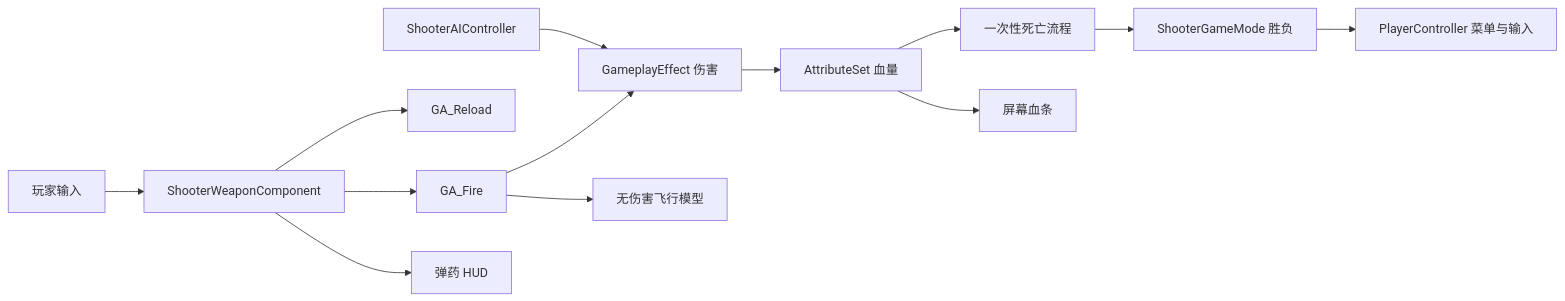
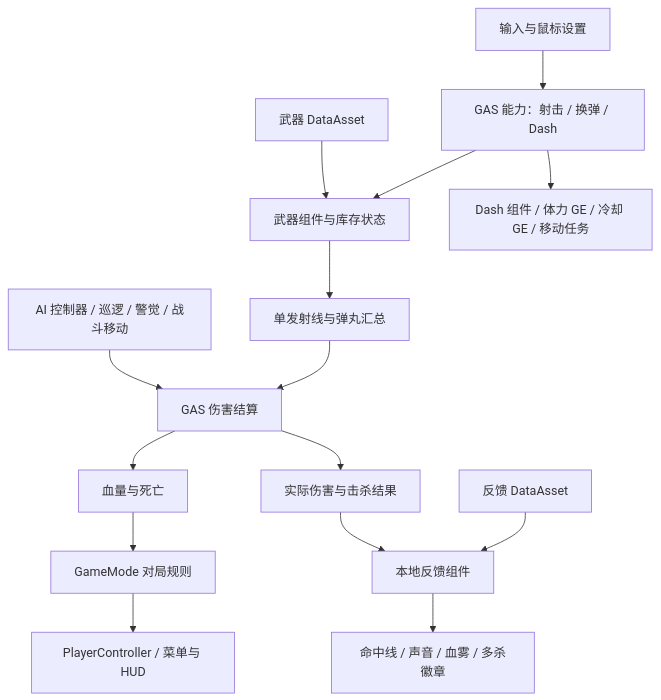
One commit to xx10180827/Shooter changed the diagram in README.md. Above: the diagram before and after it, drawn with Mermaid. The commit also changed other lines of this file and 2 other files, not shown here.

Commit message:
完善项目 README 与最终交付说明，冻结现有 Gameplay 功能

````diff
--- a/README.md
+++ b/README.md
@@ -59,15 +52,17 @@
 ```mermaid
-flowchart LR
-    Input[玩家输入] --> Weapon[ShooterWeaponComponent]
-    Weapon --> Fire[GA_Fire]
-    Weapon --> Reload[GA_Reload]
-    Fire --> Damage[GameplayEffect 伤害]
-    AI[ShooterAIController] --> Damage
-    Damage --> Attr[AttributeSet 血量]
-    Attr --> Death[一次性死亡流程]
-    Death --> Round[ShooterGameMode 胜负]
-    Attr --> Health[屏幕血条]
-    Weapon --> Ammo[弹药 HUD]
-    Round --> PC[PlayerController 菜单与输入]
-    Fire --> Bullet[无伤害飞行模型]
+flowchart TD
+    Input[输入与鼠标设置] --> Abilities[GAS 能力：射击 / 换弹 / Dash]
+    Data[武器 DataAsset] --> Weapon[武器组件与库存状态]
+    Abilities --> Weapon
+    Abilities --> Dash[Dash 组件 / 体力 GE / 冷却 GE / 移动任务]
+    Weapon --> Trace[单发射线与弹丸汇总]
+    AI[AI 控制器 / 巡逻 / 警觉 / 战斗移动] --> Damage[GAS 伤害结算]
+    Trace --> Damage
+    Damage --> Health[血量与死亡]
+    Damage --> Result[实际伤害与击杀结果]
+    Result --> Feedback[本地反馈组件]
+    Config[反馈 DataAsset] --> Feedback
+    Feedback --> Presentation[命中线 / 声音 / 血雾 / 多杀徽章]
+    Health --> Round[GameMode 对局规则]
+    Round --> UI[PlayerController / 菜单与 HUD]
 ```
````
